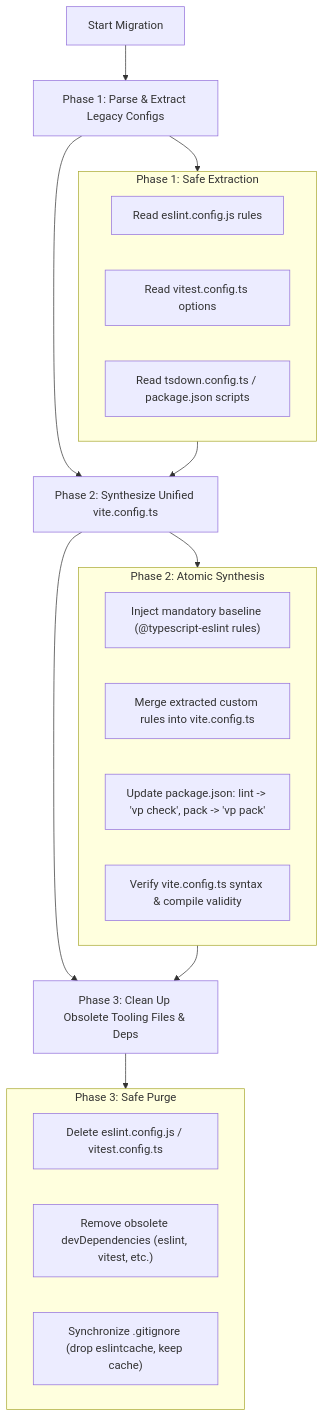
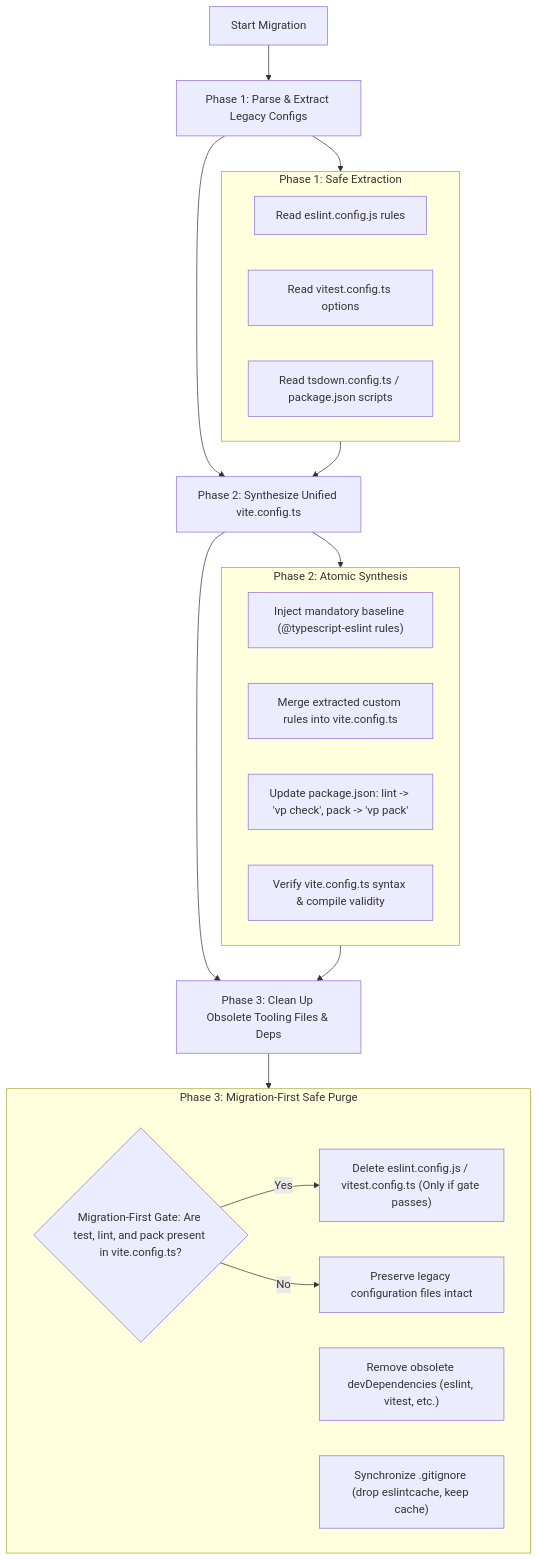
One commit to francogp/auditor changed the diagram in .agents/skills/auditor/references/vite-plus-guide.md. Above: the diagram before and after it, drawn with Mermaid. The commit also changed other lines of this file and 55 other files, not shown here.

````diff
--- a/.agents/skills/auditor/references/vite-plus-guide.md
+++ b/.agents/skills/auditor/references/vite-plus-guide.md
@@ -153,31 +153,34 @@
 ```mermaid
 flowchart TD
     A["Start Migration"] --> B["Phase 1: Parse & Extract Legacy Configs"]
     B --> C["Phase 2: Synthesize Unified vite.config.ts"]
     C --> D["Phase 3: Clean Up Obsolete Tooling Files & Deps"]
     
     subgraph S1 ["Phase 1: Safe Extraction"]
         B1["Read eslint.config.js rules"]
         B2["Read vitest.config.ts options"]
         B3["Read tsdown.config.ts / package.json scripts"]
     end
     
     subgraph S2 ["Phase 2: Atomic Synthesis"]
         C1["Inject mandatory baseline (@typescript-eslint rules)"]
         C2["Merge extracted custom rules into vite.config.ts"]
         C3["Update package.json: lint -> 'vp check', pack -> 'vp pack'"]
         C4["Verify vite.config.ts syntax & compile validity"]
     end
     
-    subgraph S3 ["Phase 3: Safe Purge"]
-        D1["Delete eslint.config.js / vitest.config.ts"]
+    subgraph S3 ["Phase 3: Migration-First Safe Purge"]
+        D0{"Migration-First Gate: Are test, lint, and pack present in vite.config.ts?"}
+        D1["Delete eslint.config.js / vitest.config.ts (Only if gate passes)"]
         D2["Remove obsolete devDependencies (eslint, vitest, etc.)"]
         D3["Synchronize .gitignore (drop eslintcache, keep cache)"]
+        D0 -->|Yes| D1
+        D0 -->|No| D_HOLD["Preserve legacy configuration files intact"]
     end
 
     B --> S1
     S1 --> C
     C --> S2
     S2 --> D
     D --> S3
 ```
````
